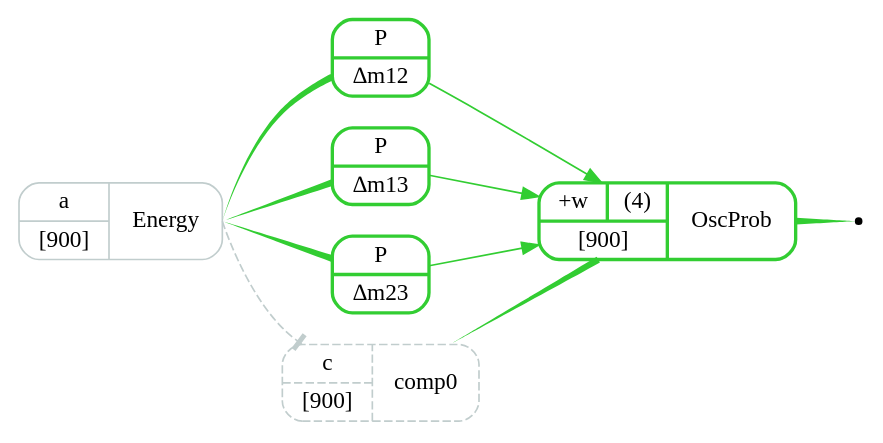
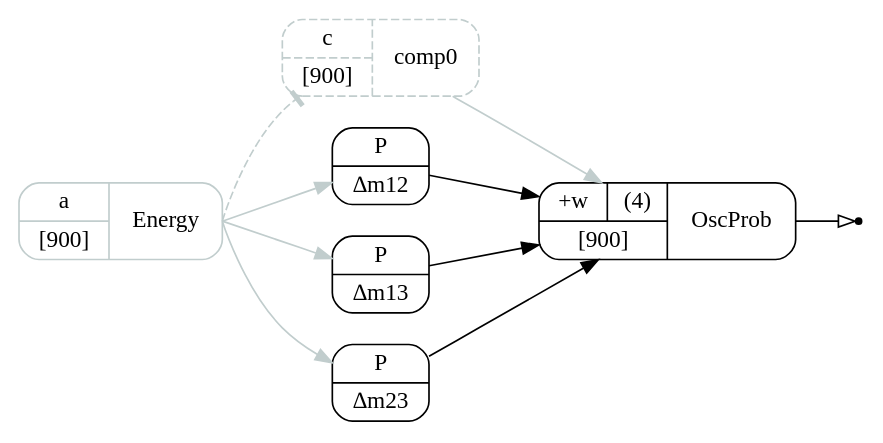
One commit to gnafit/gna changed the diagram in dotfile.dot. Above: the diagram before and after it, drawn with Graphviz. The commit also changed 1 other file, not shown here.

```diff
--- a/dotfile.dot
+++ b/dotfile.dot
@@ -1,94 +1,56 @@
-digraph  {
+digraph "" {
 	graph [fontsize=10,
 		labelfontsize=10,
 		layers="variable:transformation",
 		rankdir=LR
 	];
 	node [label="\N"];
-	entry_0000	 [color=limegreen,
-		label="{{{+w|(4)}|[900]}|OscProb}",
+	entry_0000	 [label="{{{+w|(4)}|[900]}|OscProb}",
 		layer=transformation,
-		shape=Mrecord,
-		style=bold];
+		shape=Mrecord];
 	entry_0001_sink	 [label=out,
 		shape=point];
-	entry_0000 -> entry_0001_sink	 [arrowhead=none,
-		color=limegreen,
-		dir=forward,
-		layer=transformation,
-		penwidth=4,
-		style=tapered];
-	entry_0002	 [color=limegreen,
-		label="P | &#8710;m12",
-		layer=transformation,
-		shape=Mrecord,
-		style=bold];
-	entry_0002 -> entry_0000	 [color=limegreen,
-		dir=forward,
-		layer=transformation,
-		sametail=0];
-	entry_0003	 [color=limegreen,
-		label="P | &#8710;m13",
-		layer=transformation,
-		shape=Mrecord,
-		style=bold];
-	entry_0003 -> entry_0000	 [color=limegreen,
-		dir=forward,
-		layer=transformation,
-		sametail=0];
-	entry_0004	 [color=limegreen,
-		label="P | &#8710;m23",
-		layer=transformation,
-		shape=Mrecord,
-		style=bold];
-	entry_0004 -> entry_0000	 [color=limegreen,
-		dir=forward,
-		layer=transformation,
-		sametail=0];
-	entry_0005	 [color=azure3,
+	entry_0000 -> entry_0001_sink	 [arrowhead=empty,
+		layer=transformation];
+	entry_0002	 [color=azure3,
 		label="{{c|[900]}|comp0}",
 		layer=transformation,
 		shape=Mrecord,
 		style=dashed];
-	entry_0005 -> entry_0000	 [arrowhead=none,
-		arrowtail=none,
-		color=limegreen,
-		dir=back,
+	entry_0002 -> entry_0000	 [color=azure3,
 		layer=transformation,
-		penwidth=4,
-		sametail=0,
-		style=tapered];
+		sametail=0];
+	entry_0003	 [label="P | &#8710;m12",
+		layer=transformation,
+		shape=Mrecord];
+	entry_0003 -> entry_0000	 [layer=transformation,
+		sametail=0];
+	entry_0004	 [label="P | &#8710;m13",
+		layer=transformation,
+		shape=Mrecord];
+	entry_0004 -> entry_0000	 [layer=transformation,
+		sametail=0];
+	entry_0005	 [label="P | &#8710;m23",
+		layer=transformation,
+		shape=Mrecord];
+	entry_0005 -> entry_0000	 [layer=transformation,
+		sametail=0];
 	entry_0006	 [color=azure3,
 		label="{{a|[900]}|Energy}",
 		layer=transformation,
 		shape=Mrecord];
-	entry_0006 -> entry_0002	 [arrowhead=none,
-		arrowtail=none,
-		color=limegreen,
-		dir=back,
-		layer=transformation,
-		penwidth=4,
-		sametail=0,
-		style=tapered];
-	entry_0006 -> entry_0003	 [arrowhead=none,
-		arrowtail=none,
-		color=limegreen,
-		dir=back,
-		layer=transformation,
-		penwidth=4,
-		sametail=0,
-		style=tapered];
-	entry_0006 -> entry_0004	 [arrowhead=none,
-		arrowtail=none,
-		color=limegreen,
-		dir=back,
-		layer=transformation,
-		penwidth=4,
-		sametail=0,
-		style=tapered];
-	entry_0006 -> entry_0005	 [arrowhead=tee,
+	entry_0006 -> entry_0002	 [arrowhead=tee,
 		color=azure3,
 		layer=transformation,
 		sametail=0,
 		style=dashed];
+	entry_0006 -> entry_0003	 [color=azure3,
+		layer=transformation,
+		sametail=0];
+	entry_0006 -> entry_0004	 [color=azure3,
+		layer=transformation,
+		sametail=0];
+	entry_0006 -> entry_0005	 [color=azure3,
+		layer=transformation,
+		sametail=0];
 }
```
